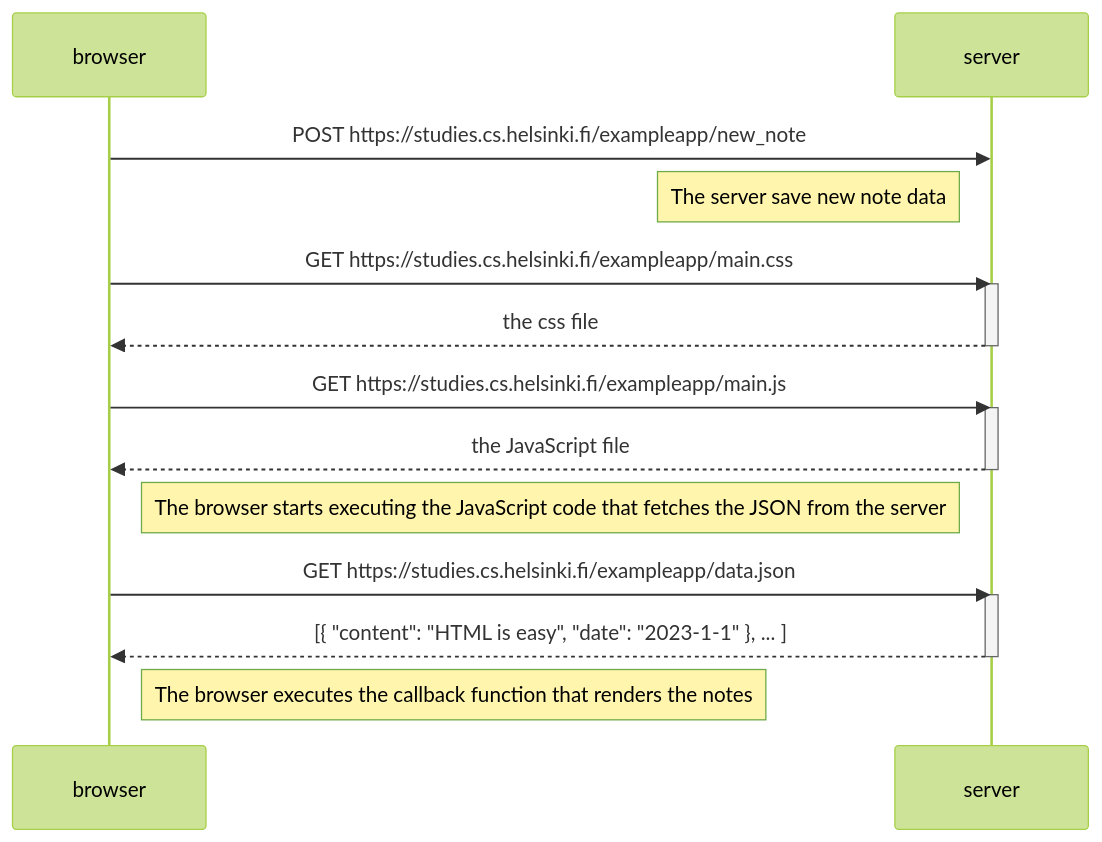
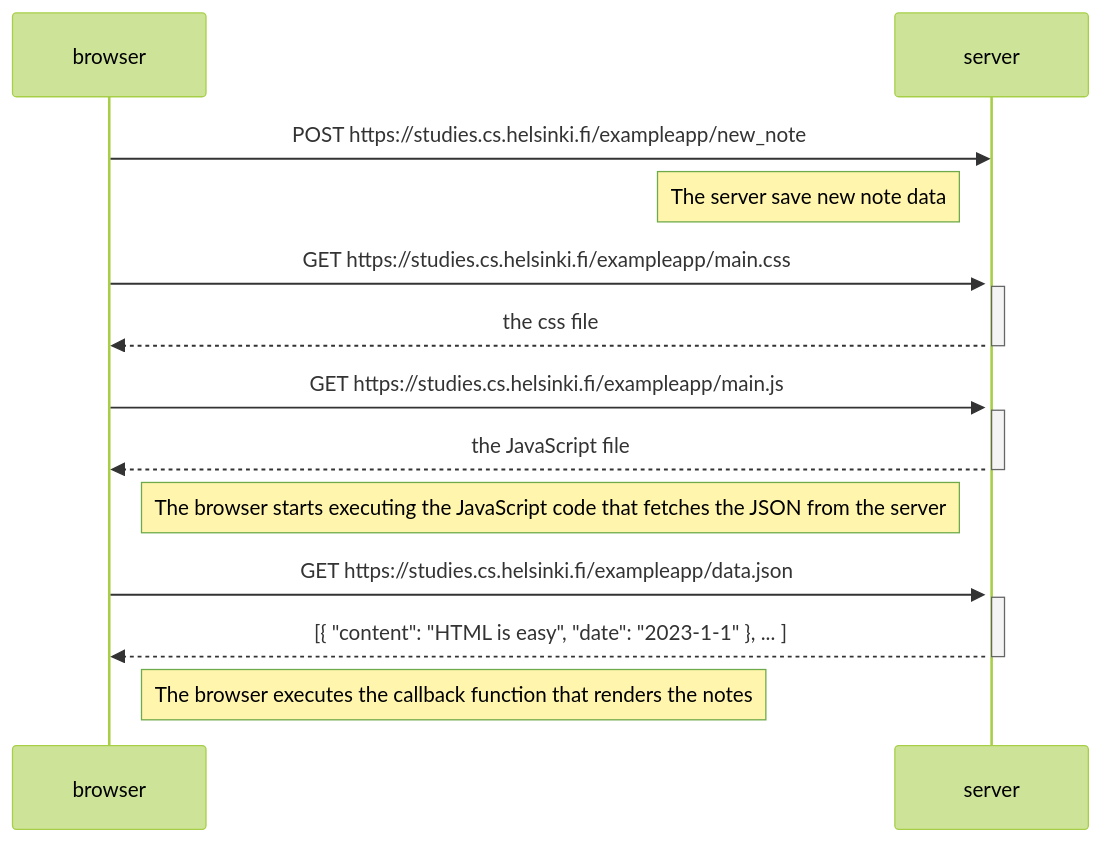
Before and after one commit to kevintannn/fs-open-submission: the diagram in part0/0.4_new_note_diagram.mermaid, drawn with Mermaid (forest theme).

```diff
--- a/part0/0.4_new_note_diagram.mermaid
+++ b/part0/0.4_new_note_diagram.mermaid
@@ -1,25 +1,26 @@
 sequenceDiagram
     participant browser
     participant server
 
     browser->>server: POST https://studies.cs.helsinki.fi/exampleapp/new_note
+    activate server
     Note left of server: The server save new note data
 
     browser->>server: GET https://studies.cs.helsinki.fi/exampleapp/main.css
     activate server
     server-->>browser: the css file
     deactivate server
 
     browser->>server: GET https://studies.cs.helsinki.fi/exampleapp/main.js
     activate server
     server-->>browser: the JavaScript file
     deactivate server
 
     Note right of browser: The browser starts executing the JavaScript code that fetches the JSON from the server
 
     browser->>server: GET https://studies.cs.helsinki.fi/exampleapp/data.json
     activate server
     server-->>browser: [{ "content": "HTML is easy", "date": "2023-1-1" }, ... ]
     deactivate server
 
     Note right of browser: The browser executes the callback function that renders the notes
```
